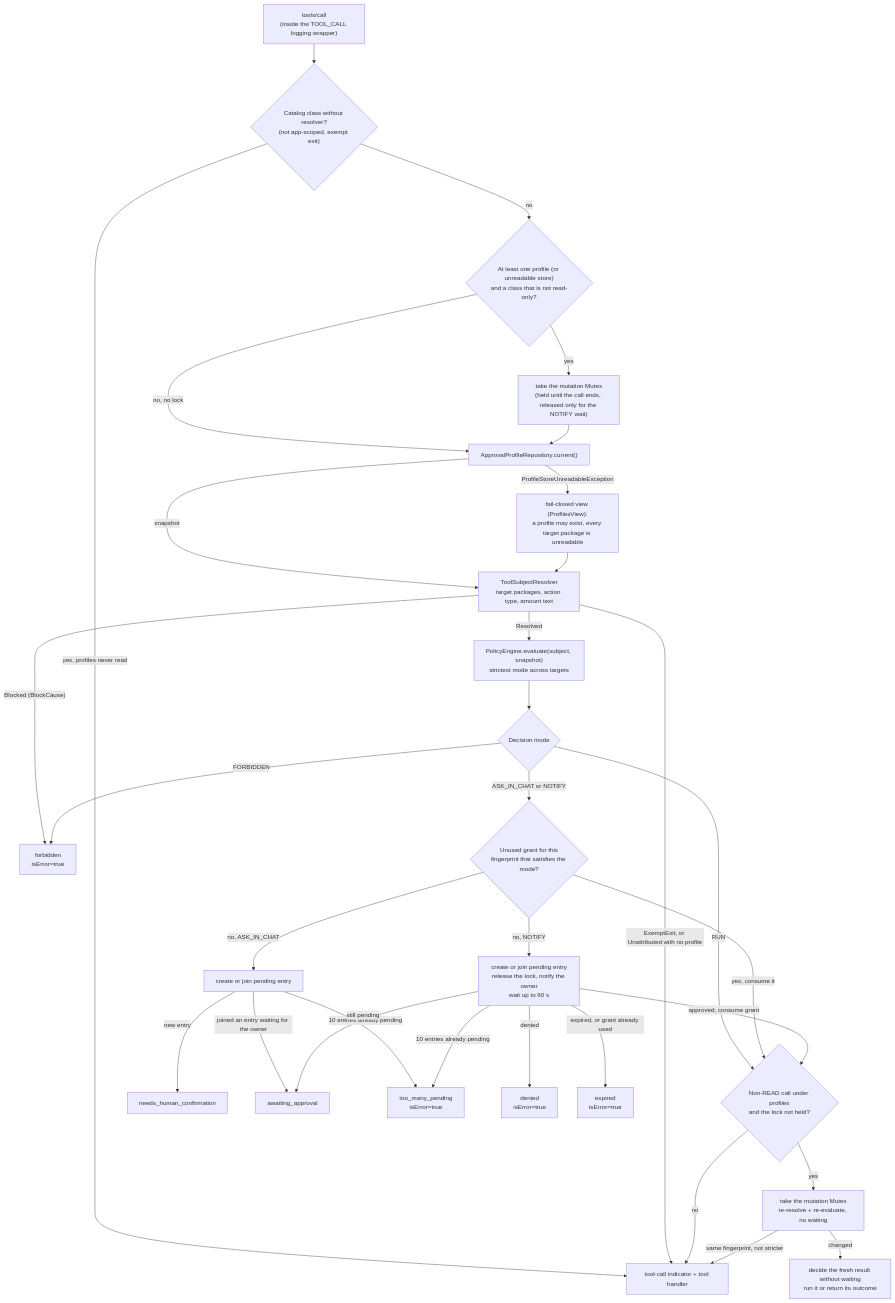
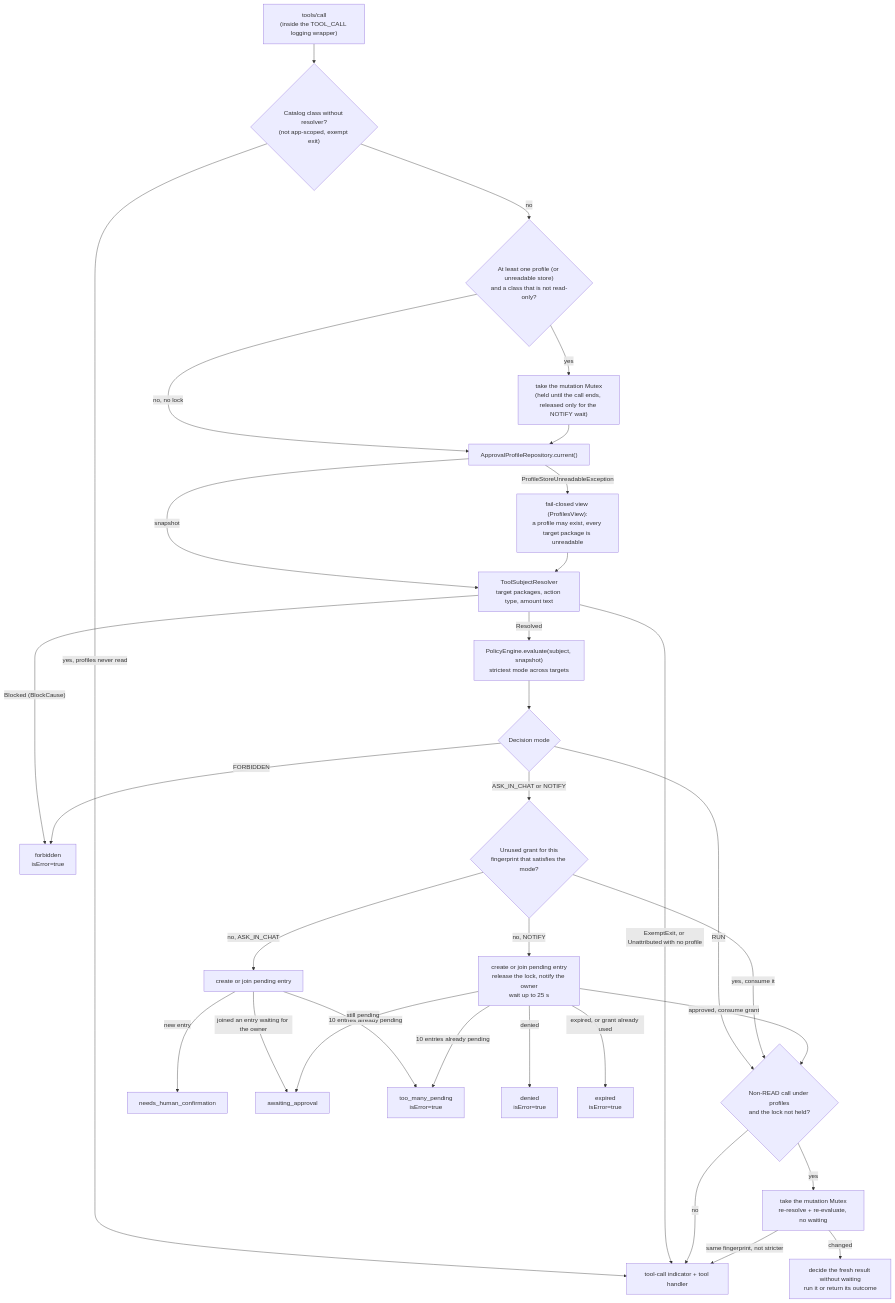
The third of 7 diagrams in docs/ARCHITECTURE.md (mlandolfi90/Lucky-Tool-Android), drawn with Mermaid before and after one commit. The commit also changed other lines of this file and 5 other files, not shown here.

````diff
--- a/docs/ARCHITECTURE.md
+++ b/docs/ARCHITECTURE.md
@@ -250,34 +250,34 @@
 ```mermaid
 flowchart TB
     Call["tools/call<br/>(inside the TOOL_CALL logging wrapper)"] --> Kind{"Catalog class without resolver?<br/>(not app-scoped, exempt exit)"}
     Kind -->|"yes, profiles never read"| Exec["tool-call indicator + tool handler"]
     Kind -->|"no"| Serial{"At least one profile (or unreadable store)<br/>and a class that is not read-only?"}
     Serial -->|"yes"| Lock["take the mutation Mutex<br/>(held until the call ends, released only for the NOTIFY wait)"]
     Serial -->|"no, no lock"| Load["ApprovalProfileRepository.current()"]
     Lock --> Load
     Load -->|"snapshot"| Resolve["ToolSubjectResolver<br/>target packages, action type, amount text"]
     Load -->|"ProfileStoreUnreadableException"| Unreadable["fail-closed view (ProfilesView):<br/>a profile may exist, every target package is unreadable"]
     Unreadable --> Resolve
     Resolve -->|"Blocked (BlockCause)"| Forbidden["forbidden<br/>isError=true"]
     Resolve -->|"ExemptExit, or Unattributed with no profile"| Exec
     Resolve -->|"Resolved"| Eval["PolicyEngine.evaluate(subject, snapshot)<br/>strictest mode across targets"]
     Eval --> Mode{"Decision mode"}
     Mode -->|"FORBIDDEN"| Forbidden
     Mode -->|"RUN"| Held{"Non-READ call under profiles<br/>and the lock not held?"}
     Mode -->|"ASK_IN_CHAT or NOTIFY"| Grant{"Unused grant for this<br/>fingerprint that satisfies the mode?"}
     Grant -->|"yes, consume it"| Held
     Grant -->|"no, ASK_IN_CHAT"| Ask["create or join pending entry"]
-    Grant -->|"no, NOTIFY"| Notify["create or join pending entry<br/>release the lock, notify the owner<br/>wait up to 60 s"]
+    Grant -->|"no, NOTIFY"| Notify["create or join pending entry<br/>release the lock, notify the owner<br/>wait up to 25 s"]
     Ask -->|"new entry"| NeedsConfirm["needs_human_confirmation"]
     Ask -->|"joined an entry waiting for the owner"| Awaiting["awaiting_approval"]
     Ask -->|"10 entries already pending"| TooMany["too_many_pending<br/>isError=true"]
     Notify -->|"10 entries already pending"| TooMany
     Notify -->|"approved, consume grant"| Held
     Notify -->|"denied"| Denied["denied<br/>isError=true"]
     Notify -->|"expired, or grant already used"| Expired["expired<br/>isError=true"]
     Notify -->|"still pending"| Awaiting
     Held -->|"no"| Exec
     Held -->|"yes"| Recheck["take the mutation Mutex<br/>re-resolve + re-evaluate, no waiting"]
     Recheck -->|"same fingerprint, not stricter"| Exec
     Recheck -->|"changed"| Again["decide the fresh result without waiting<br/>run it or return its outcome"]
 ```
````
